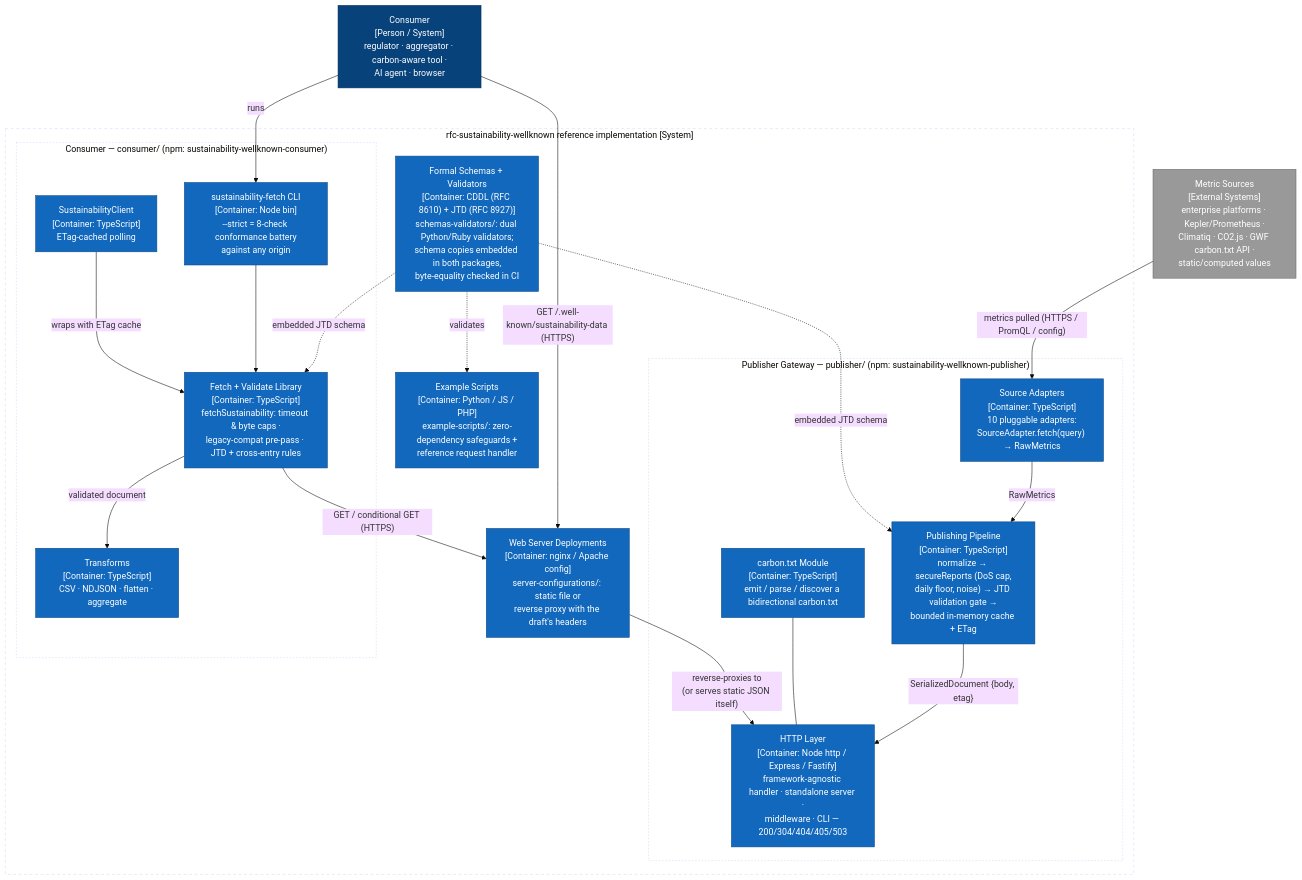
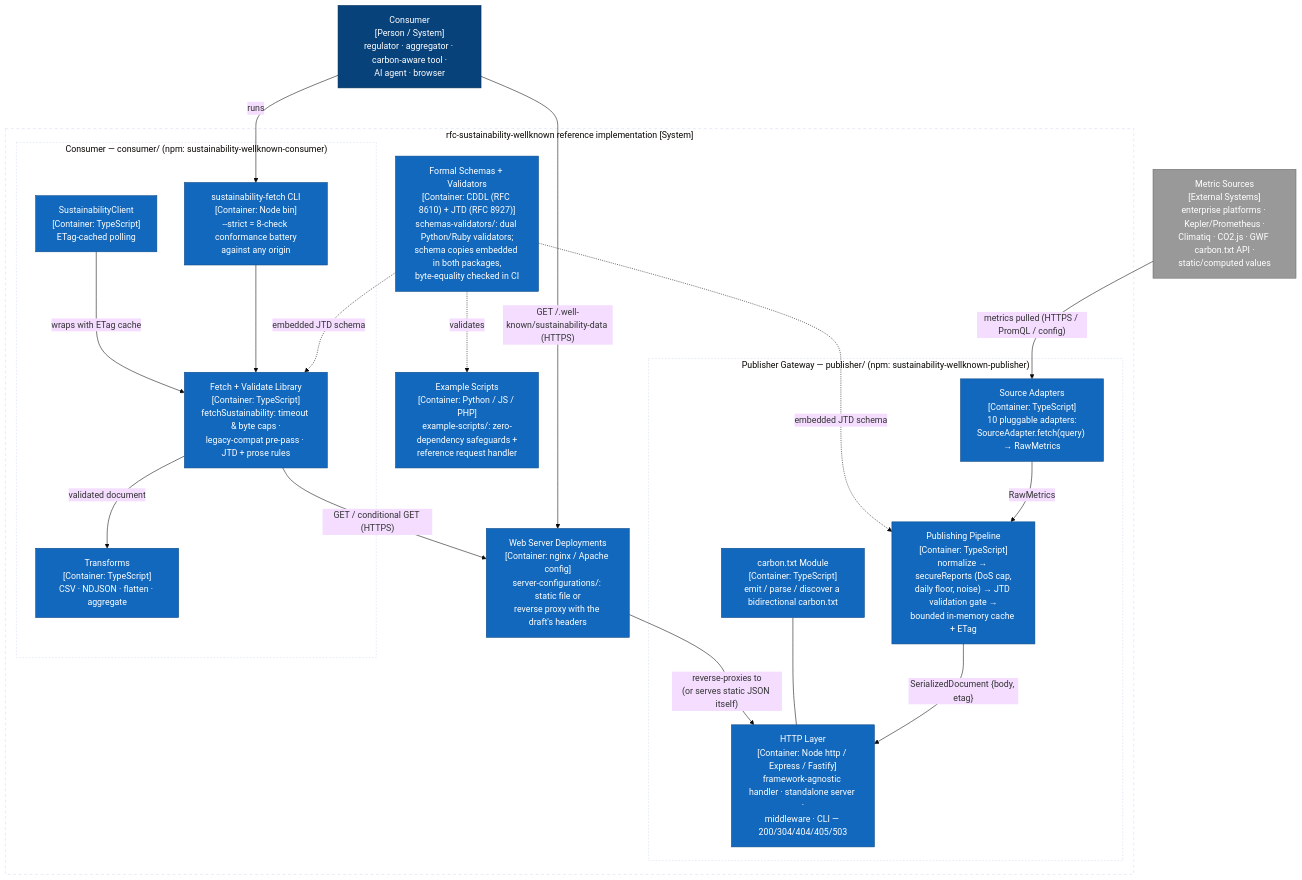
Before and after one commit to andreibesleaga/rfc-sustainability-wellknown: the diagram in architecture/diagrams/c4-container.mmd, drawn with Mermaid (base theme). The commit also changed 146 other files, not shown here.

```diff
--- a/architecture/diagrams/c4-container.mmd
+++ b/architecture/diagrams/c4-container.mmd
@@ -1,53 +1,53 @@
 flowchart TB
     %% C4 Level 2 — Container diagram (graph-TD equivalent of C4Container; Mermaid's
     %% experimental C4 layout was unreadable at this element count).
     %% person = dark blue · container = blue · external = grey · boundaries = dashed.
 
     CLIENT["Consumer<br/>[Person / System]<br/>regulator · aggregator · carbon-aware tool ·<br/>AI agent · browser"]
     DS["Metric Sources<br/>[External Systems]<br/>enterprise platforms · Kepler/Prometheus ·<br/>Climatiq · CO2.js · GWF carbon.txt API ·<br/>static/computed values"]
 
     subgraph REPO["rfc-sustainability-wellknown reference implementation [System]"]
         subgraph PUBB["Publisher Gateway — publisher/ (npm: sustainability-wellknown-publisher)"]
             ADP["Source Adapters<br/>[Container: TypeScript]<br/>10 pluggable adapters:<br/>SourceAdapter.fetch(query) → RawMetrics"]
             PIPE["Publishing Pipeline<br/>[Container: TypeScript]<br/>normalize → secureReports (DoS cap,<br/>daily floor, noise) → JTD validation gate →<br/>bounded in-memory cache + ETag"]
             HTTPL["HTTP Layer<br/>[Container: Node http / Express / Fastify]<br/>framework-agnostic handler · standalone server ·<br/>middleware · CLI — 200/304/404/405/503"]
             CTM["carbon.txt Module<br/>[Container: TypeScript]<br/>emit / parse / discover a bidirectional carbon.txt"]
         end
 
         subgraph CONSB["Consumer — consumer/ (npm: sustainability-wellknown-consumer)"]
-            FETCH["Fetch + Validate Library<br/>[Container: TypeScript]<br/>fetchSustainability: timeout & byte caps ·<br/>legacy-compat pre-pass · JTD + cross-entry rules"]
+            FETCH["Fetch + Validate Library<br/>[Container: TypeScript]<br/>fetchSustainability: timeout & byte caps ·<br/>legacy-compat pre-pass · JTD + prose rules"]
             SCLI["SustainabilityClient<br/>[Container: TypeScript]<br/>ETag-cached polling"]
             TR["Transforms<br/>[Container: TypeScript]<br/>CSV · NDJSON · flatten · aggregate"]
             FCLI["sustainability-fetch CLI<br/>[Container: Node bin]<br/>--strict = 8-check conformance battery<br/>against any origin"]
         end
 
         SCHEMAS["Formal Schemas + Validators<br/>[Container: CDDL (RFC 8610) + JTD (RFC 8927)]<br/>schemas-validators/: dual Python/Ruby validators;<br/>schema copies embedded in both packages,<br/>byte-equality checked in CI"]
         WEBC["Web Server Deployments<br/>[Container: nginx / Apache config]<br/>server-configurations/: static file or<br/>reverse proxy with the draft's headers"]
         EXS["Example Scripts<br/>[Container: Python / JS / PHP]<br/>example-scripts/: zero-dependency safeguards +<br/>reference request handler"]
     end
 
     DS -- "metrics pulled (HTTPS / PromQL / config)" --> ADP
     ADP -- "RawMetrics" --> PIPE
     PIPE -- "SerializedDocument {body, etag}" --> HTTPL
     CTM --- HTTPL
     SCHEMAS -. "embedded JTD schema" .-> PIPE
     SCHEMAS -. "embedded JTD schema" .-> FETCH
     SCHEMAS -. "validates" .-> EXS
     WEBC -- "reverse-proxies to<br/>(or serves static JSON itself)" --> HTTPL
 
     CLIENT -- "GET /.well-known/sustainability-data (HTTPS)" --> WEBC
     CLIENT -- "runs" --> FCLI
     FCLI --> FETCH
     SCLI -- "wraps with ETag cache" --> FETCH
     FETCH -- "validated document" --> TR
     FETCH -- "GET / conditional GET (HTTPS)" --> WEBC
 
     classDef person fill:#08427b,color:#fff,stroke:#052e56
     classDef cont fill:#1168bd,color:#fff,stroke:#0b4884
     classDef ext fill:#999999,color:#fff,stroke:#6b6b6b
     class CLIENT person
     class ADP,PIPE,HTTPL,CTM,FETCH,SCLI,TR,FCLI,SCHEMAS,WEBC,EXS cont
     class DS ext
     style REPO stroke-dasharray:5 5,fill:none
     style PUBB stroke-dasharray:3 3,fill:none
     style CONSB stroke-dasharray:3 3,fill:none
```
